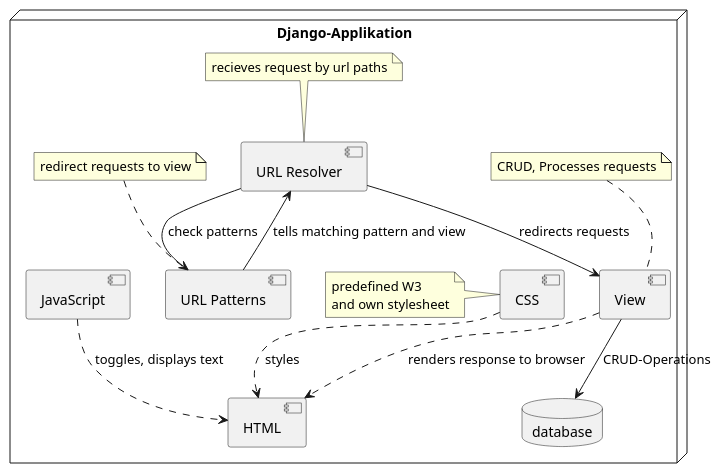
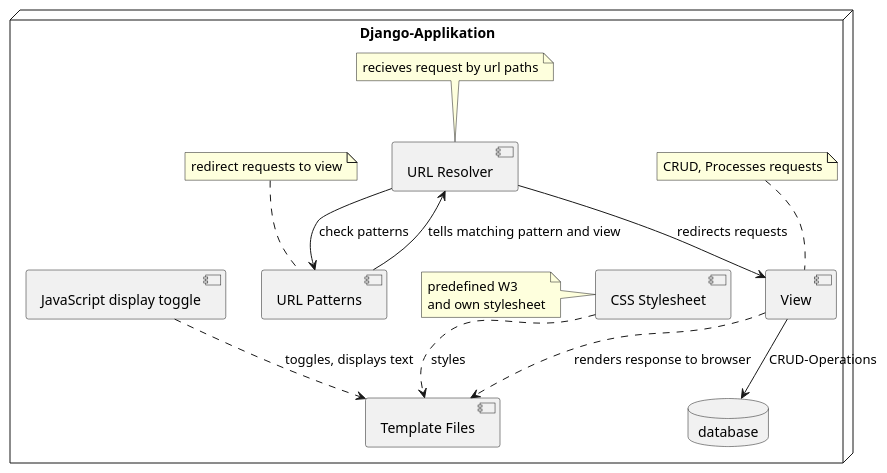
The diagram in docs/architecture/diagrams/logical.puml (EdLaser/I3_Antragsverwaltungstool), drawn with PlantUML before and after one commit.

Commit message:
corrected logical

```diff
--- a/docs/architecture/diagrams/logical.puml
+++ b/docs/architecture/diagrams/logical.puml
@@ -1,30 +1,30 @@
 @startuml "logische Sicht"
 
 node "Django-Applikation" {
-    [HTML]
+    [Template Files]
     [View]
         note top of [View] : CRUD, Processes requests
-    [CSS]
-        note left of [CSS]
+    [CSS Stylesheet]
+        note left of [CSS Stylesheet]
             predefined W3 
             and own stylesheet
         end note
     [URL Resolver]
         note top of [URL Resolver] : recieves request by url paths
     [URL Patterns] 
         note top of [URL Patterns] :redirect requests to view
     
-    [JavaScript] ..> [HTML] : toggles, displays text
-    [CSS] ..> [HTML] : styles
+    [JavaScript display toggle] ..> [Template Files] : toggles, displays text
+    [CSS Stylesheet] ..> [Template Files] : styles
     [URL Resolver] --> [URL Patterns] : check patterns
     [URL Patterns] --> [URL Resolver] : tells matching pattern and view
     [URL Resolver] --> [View] : redirects requests
-    [View] ..> [HTML] : renders response to browser
+    [View] ..> [Template Files] : renders response to browser
     
     [View] --> database : CRUD-Operations
 }
 
 database "MySQL-Datenbank" as database {
 
 }
 @enduml
```
